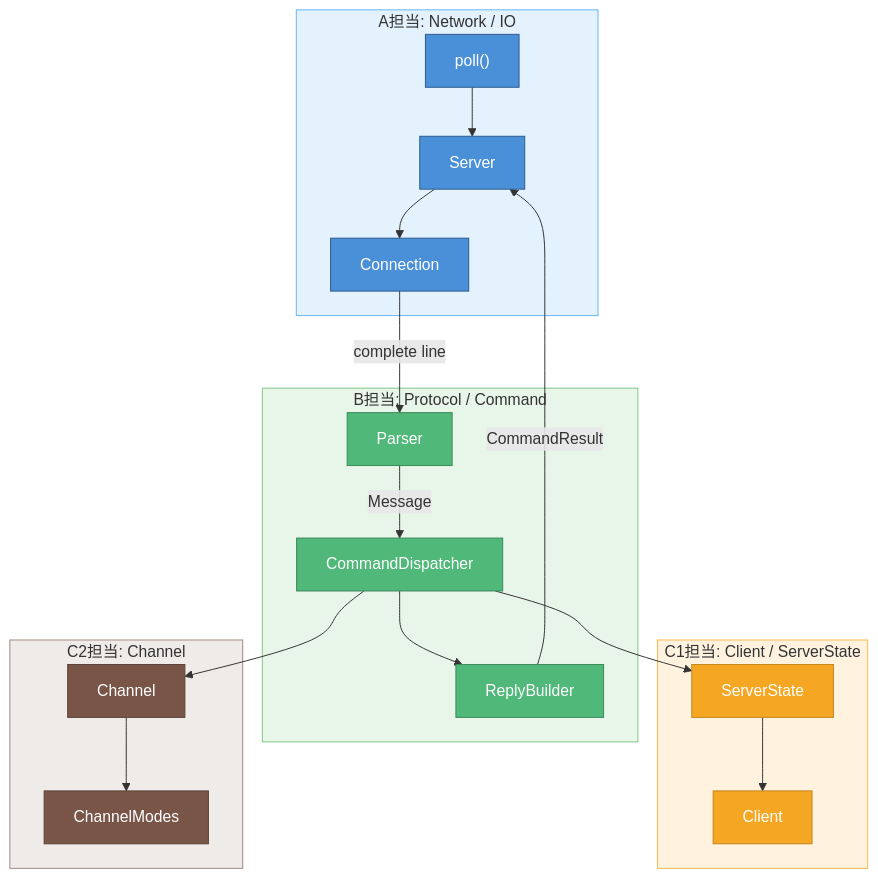
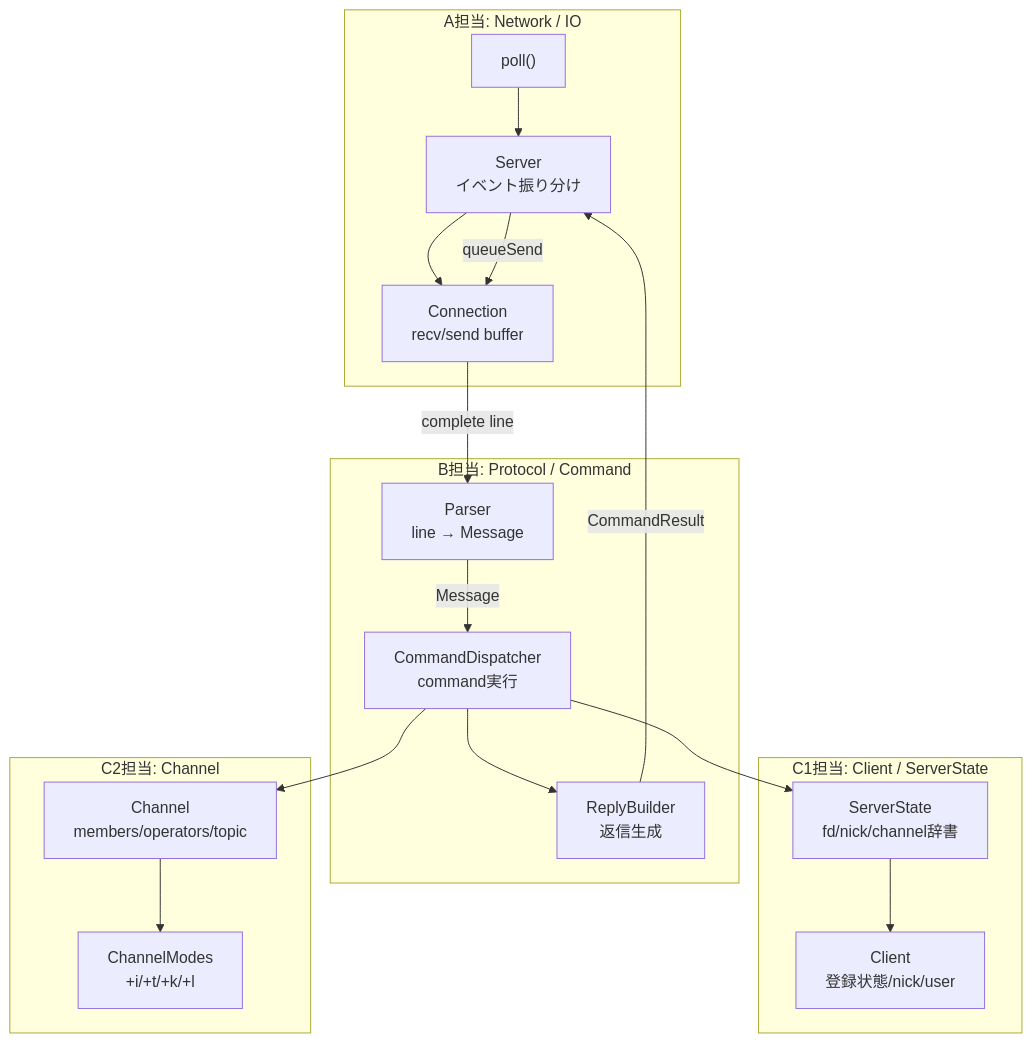
Before and after one commit to tototec1234/IRC: the second of 2 diagrams in dev_docs/reading_guide_common.md, drawn with Mermaid. The commit also changed other lines of this file and 20 other files, not shown here.

````diff
--- a/dev_docs/reading_guide_common.md
+++ b/dev_docs/reading_guide_common.md
@@ -24,50 +49,36 @@
 ```mermaid
 flowchart TB
     subgraph A["A担当: Network / IO"]
         Poll["poll()"]
-        Server["Server"]
-        Conn["Connection"]
+        Server["Server<br/>イベント振り分け"]
+        Conn["Connection<br/>recv/send buffer"]
     end
 
     subgraph B["B担当: Protocol / Command"]
-        Parser["Parser"]
-        Dispatcher["CommandDispatcher"]
-        Reply["ReplyBuilder"]
+        Parser["Parser<br/>line → Message"]
+        Dispatcher["CommandDispatcher<br/>command実行"]
+        Reply["ReplyBuilder<br/>返信生成"]
     end
 
     subgraph C1["C1担当: Client / ServerState"]
-        State["ServerState"]
-        Client["Client"]
+        State["ServerState<br/>fd/nick/channel辞書"]
+        Client["Client<br/>登録状態/nick/user"]
     end
 
     subgraph C2["C2担当: Channel"]
-        Channel["Channel"]
-        Modes["ChannelModes"]
+        Channel["Channel<br/>members/operators/topic"]
+        Modes["ChannelModes<br/>+i/+t/+k/+l"]
     end
 
     Poll --> Server
     Server --> Conn
     Conn -->|complete line| Parser
     Parser -->|Message| Dispatcher
     Dispatcher --> State
     State --> Client
     Dispatcher --> Channel
     Channel --> Modes
     Dispatcher --> Reply
     Reply -->|CommandResult| Server
-
-    style A fill:#E3F2FD,stroke:#64B5F6
-    style B fill:#E8F5E9,stroke:#81C784
-    style C1 fill:#FFF3E0,stroke:#FFB74D
-    style C2 fill:#EFEBE9,stroke:#A1887F
-    style Poll fill:#4A90D9,stroke:#2E5A8B,color:#fff
-    style Server fill:#4A90D9,stroke:#2E5A8B,color:#fff
-    style Conn fill:#4A90D9,stroke:#2E5A8B,color:#fff
-    style Parser fill:#50B878,stroke:#3A8A5A,color:#fff
-    style Dispatcher fill:#50B878,stroke:#3A8A5A,color:#fff
-    style Reply fill:#50B878,stroke:#3A8A5A,color:#fff
-    style State fill:#F5A623,stroke:#C4841C,color:#fff
-    style Client fill:#F5A623,stroke:#C4841C,color:#fff
-    style Channel fill:#795548,stroke:#5D4037,color:#fff
-    style Modes fill:#795548,stroke:#5D4037,color:#fff
+    Server -->|queueSend| Conn
 ```
````
